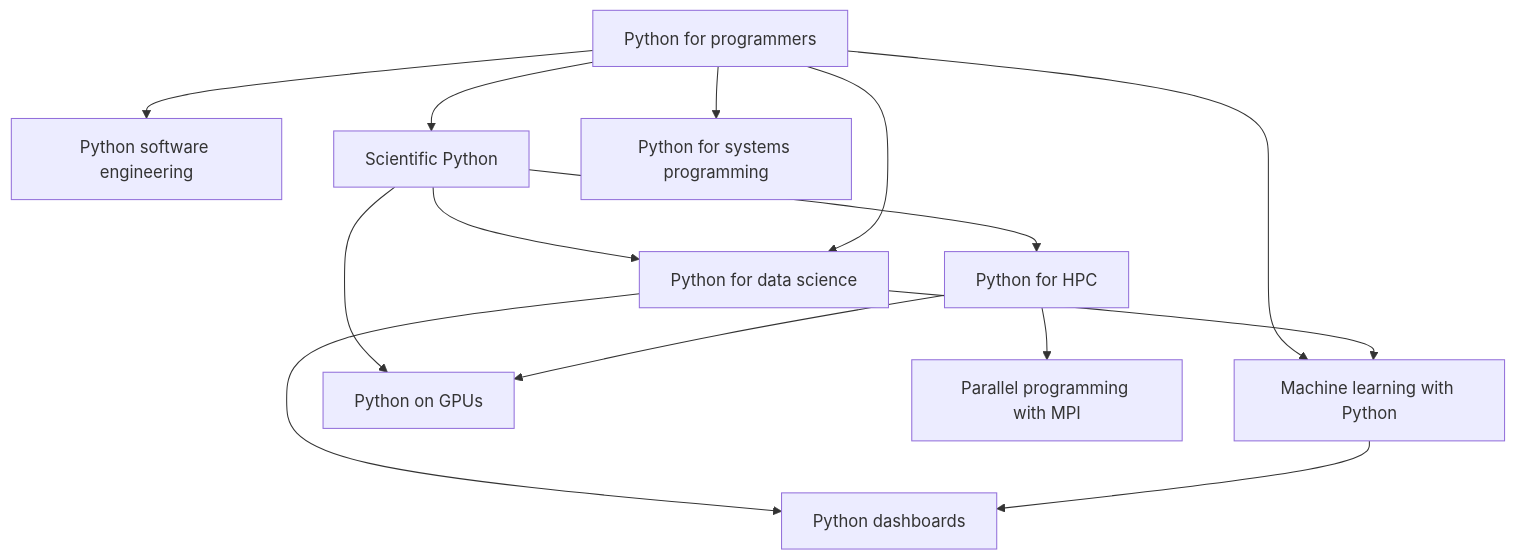
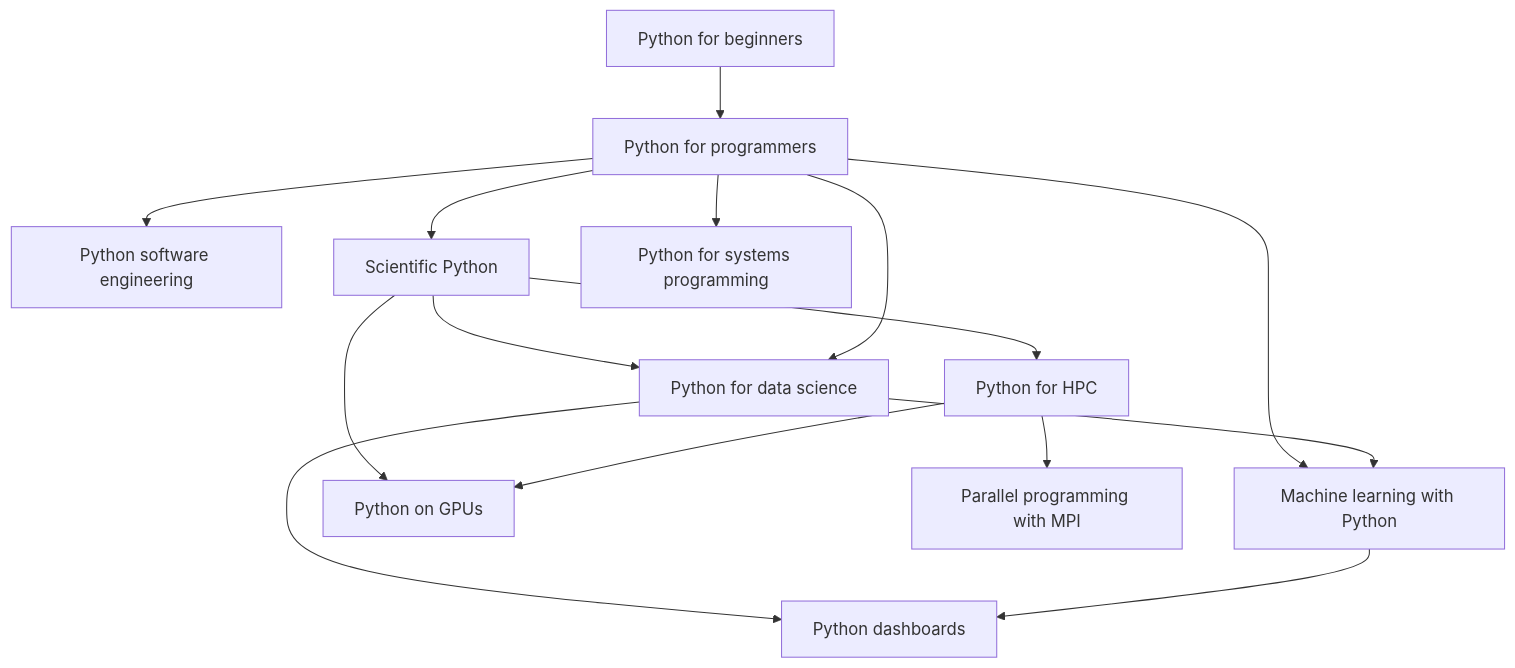
The diagram in docs/python.md (gjbex/Training-sessions), drawn with Mermaid before and after one commit. The commit also changed 4 other files, not shown here.

````diff
--- a/docs/python.md
+++ b/docs/python.md
@@ -5,26 +5,28 @@
 ```mermaid
 graph TD
-  Python_for_programmers[Python for programmers] --> Python_software_engineering[Python software engineering]
+  Python_for_beginners[Python for beginners] --> Python_for_programmers[Python for programmers]
+  Python_for_programmers --> Python_software_engineering[Python software engineering]
   Python_for_programmers --> Scientific_Python[Scientific Python]
   Scientific_Python --> Python_for_data_science[Python for data science]
   Python_for_programmers --> Python_for_data_science
   Python_for_programmers --> Machine_learning_with_Python[Machine learning with Python]
   Python_for_data_science --> Machine_learning_with_Python
   Python_for_data_science --> Python_dashboards[Python dashboards]
   Machine_learning_with_Python --> Python_dashboards
   Scientific_Python --> Python_for_HPC[Python for HPC]
   Scientific_Python --> Python_on_GPUs[Python on GPUs]
   Python_for_HPC --> Python_on_GPUs
   Python_for_HPC --> Parallel_programming_with_MPI[Parallel programming with MPI]
   Python_for_programmers --> Python_for_systems_programming[Python for systems programming]
+  click Python_for_beginners "https://gjbex.github.io/Python-for-beginners/" "Python for beginners"
   click Python_for_programmers "https://gjbex.github.io/Python-for-programmers/" "Python for programmers"
   click Python_software_engineering "https://gjbex.github.io/Python-software-engineering/" "Python software engineering"
   click Scientific_Python "https://gjbex.github.io/Scientific-Python/" "Scientific Python"
   click Python_for_data_science "https://gjbex.github.io/Python-for-data-science/" "Python for data science"
   click Machine_learning_with_Python "https://gjbex.github.io/Machine-learning-with-Python/" "Machine learning with Python"
   click Python_dashboards "https://gjbex.github.io/Python-dashboards/" "Python dashboards"
   click Python_for_HPC "https://gjbex.github.io/Python-for-HPC/" "Python for HPC"
   click Python_on_GPUs "https://gjbex.github.io/Python-on-GPUs/" "Python on GPUs"
   click Parallel_programming_with_MPI "https://gjbex.github.io/Training-sessions/parallel_programming_with_mpi" "Parallel programming with MPI"
   click Python_for_systems_programming "https://gjbex.github.io/Python-for-systems-programming/" "Python for systems programming"
 ```
````
